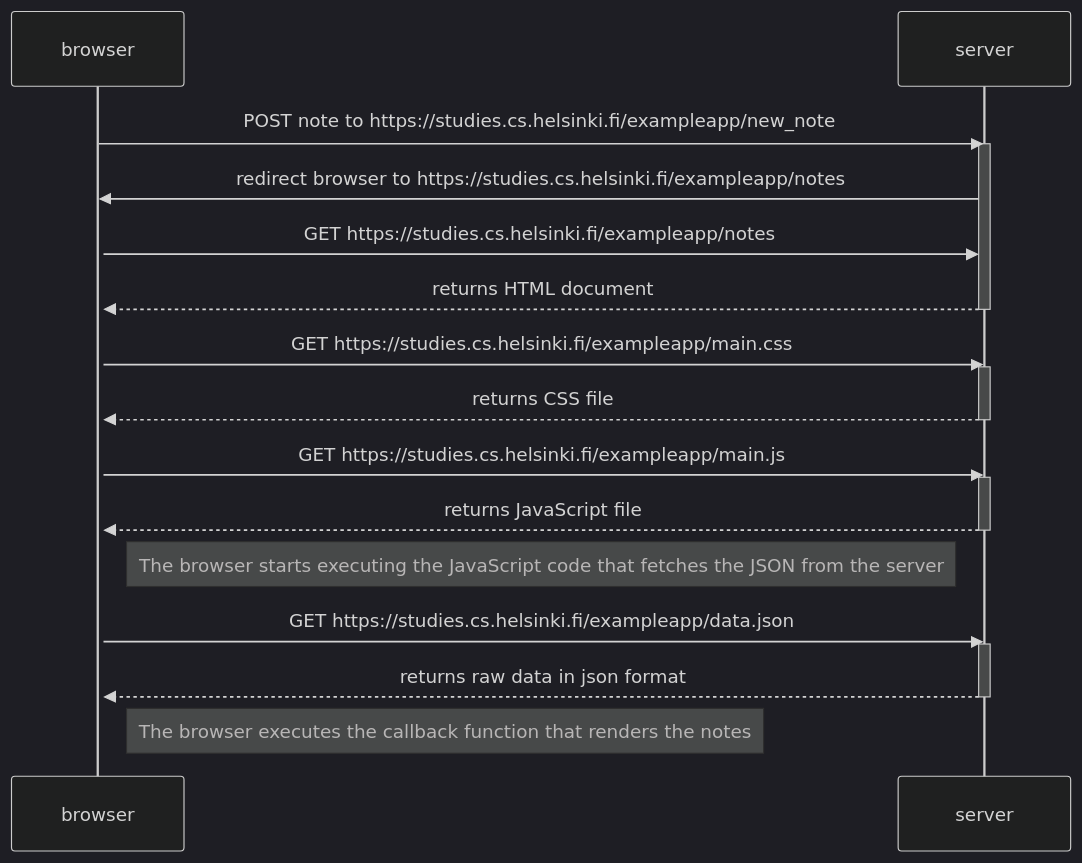
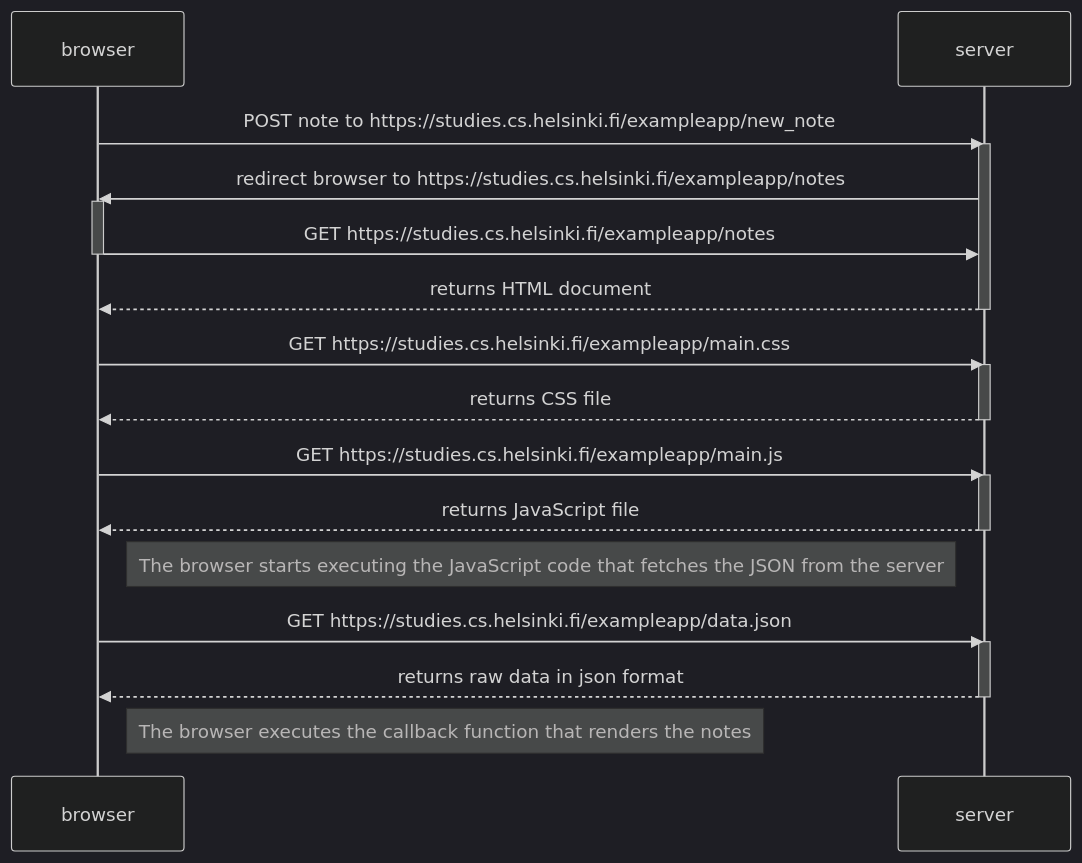
One commit to madman21345/fso-part0 changed the diagram in README.md. Above: the diagram before and after it, drawn with Mermaid (dark theme).

````diff
--- a/README.md
+++ b/README.md
@@ -3,33 +3,34 @@
 ```mermaid
 sequenceDiagram;
     participant browser;
     participant server;
 
     browser->>server: POST note to https://studies.cs.helsinki.fi/exampleapp/new_note;
     activate server;
     server->>browser: redirect browser to https://studies.cs.helsinki.fi/exampleapp/notes;
     activate browser;
 
     browser->>server: GET https://studies.cs.helsinki.fi/exampleapp/notes;
+    deactivate browser
     server-->>browser: returns HTML document;
     deactivate server;
 
     browser->>server: GET https://studies.cs.helsinki.fi/exampleapp/main.css;
     activate server;
     server-->>browser: returns CSS file;
     deactivate server;
 
     browser->>server: GET https://studies.cs.helsinki.fi/exampleapp/main.js;
     activate server;
     server-->>browser: returns JavaScript file;
     deactivate server;
 
     Note right of browser: The browser starts executing the JavaScript code that fetches the JSON from the server;
 
     browser->>server: GET https://studies.cs.helsinki.fi/exampleapp/data.json;
     activate server;
     server-->>browser: returns raw data in json format;
     deactivate server;
 
     Note right of browser: The browser executes the callback function that renders the notes;
 ```
````
